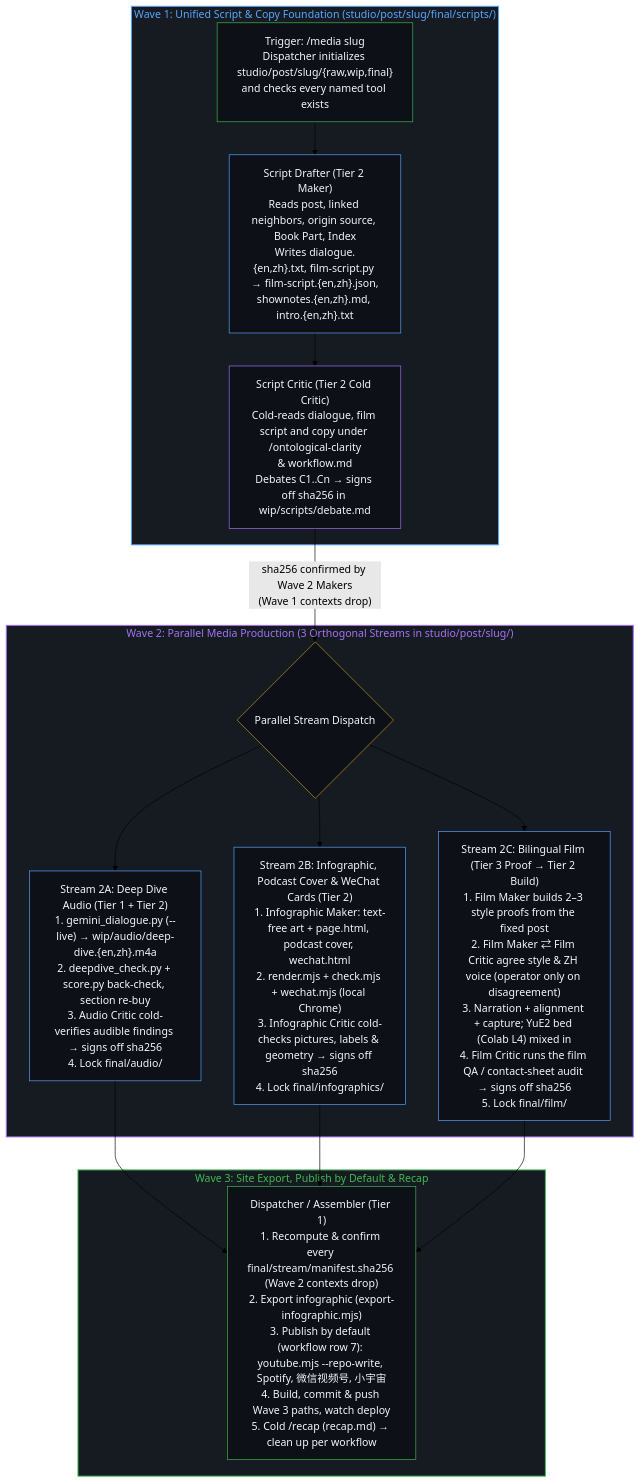
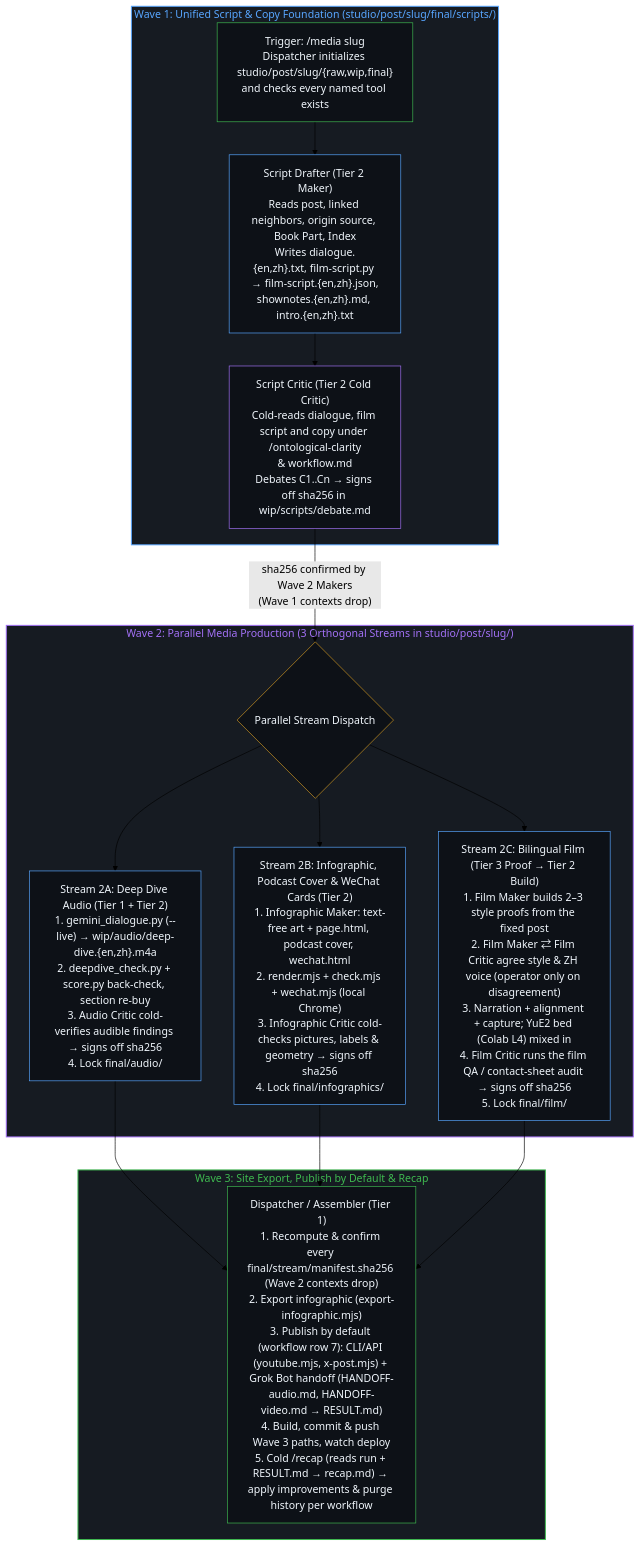
The fourth of 4 diagrams in docs/wave-refinement-plan.md (powerpig99/not-a-toe), drawn with Mermaid (forest theme) before and after one commit. The commit also changed other lines of this file and 1 other file, not shown here.

Commit message:
Update media workflow: delegate all browser publishing to Grok Bot via document handoff and purge post-recap history

````diff
--- a/docs/wave-refinement-plan.md
+++ b/docs/wave-refinement-plan.md
@@ -572,33 +572,33 @@
 ```mermaid
 flowchart TD
     subgraph S_Wave1["Wave 1: Unified Script & Copy Foundation (studio/post/slug/final/scripts/)"]
         M0["Trigger: /media slug<br/>Dispatcher initializes studio/post/slug/{raw,wip,final}<br/>and checks every named tool exists"] --> SD["Script Drafter (Tier 2 Maker)<br/>Reads post, linked neighbors, origin source, Book Part, Index<br/>Writes dialogue.{en,zh}.txt, film-script.py → film-script.{en,zh}.json,<br/>shownotes.{en,zh}.md, intro.{en,zh}.txt"]
         SD --> SC["Script Critic (Tier 2 Cold Critic)<br/>Cold-reads dialogue, film script and copy under /ontological-clarity<br/>& workflow.md<br/>Debates C1..Cn → signs off sha256 in wip/scripts/debate.md"]
     end
 
     subgraph S_Wave2["Wave 2: Parallel Media Production (3 Orthogonal Streams in studio/post/slug/)"]
         SC -->|"sha256 confirmed by Wave 2 Makers<br/>(Wave 1 contexts drop)"| Fork{"Parallel Stream Dispatch"}
 
         Fork --> AB["Stream 2A: Deep Dive Audio (Tier 1 + Tier 2)<br/>1. gemini_dialogue.py (--live) → wip/audio/deep-dive.{en,zh}.m4a<br/>2. deepdive_check.py + score.py back-check, section re-buy<br/>3. Audio Critic cold-verifies audible findings → signs off sha256<br/>4. Lock final/audio/"]
 
         Fork --> IB["Stream 2B: Infographic, Podcast Cover & WeChat Cards (Tier 2)<br/>1. Infographic Maker: text-free art + page.html, podcast cover, wechat.html<br/>2. render.mjs + check.mjs + wechat.mjs (local Chrome)<br/>3. Infographic Critic cold-checks pictures, labels & geometry → signs off sha256<br/>4. Lock final/infographics/"]
 
         Fork --> FB["Stream 2C: Bilingual Film (Tier 3 Proof → Tier 2 Build)<br/>1. Film Maker builds 2–3 style proofs from the fixed post<br/>2. Film Maker ⇄ Film Critic agree style & ZH voice (operator only on disagreement)<br/>3. Narration + alignment + capture; YuE2 bed (Colab L4) mixed in<br/>4. Film Critic runs the film QA / contact-sheet audit → signs off sha256<br/>5. Lock final/film/"]
     end
 
     subgraph S_Wave3["Wave 3: Site Export, Publish by Default & Recap"]
-        AB & IB & FB --> DA["Dispatcher / Assembler (Tier 1)<br/>1. Recompute & confirm every final/stream/manifest.sha256 (Wave 2 contexts drop)<br/>2. Export infographic (export-infographic.mjs)<br/>3. Publish by default (workflow row 7): youtube.mjs --repo-write, Spotify, 微信视频号, 小宇宙<br/>4. Build, commit & push Wave 3 paths, watch deploy<br/>5. Cold /recap (recap.md) → clean up per workflow"]
+        AB & IB & FB --> DA["Dispatcher / Assembler (Tier 1)<br/>1. Recompute & confirm every final/stream/manifest.sha256 (Wave 2 contexts drop)<br/>2. Export infographic (export-infographic.mjs)<br/>3. Publish by default (workflow row 7): CLI/API (youtube.mjs, x-post.mjs) + Grok Bot handoff (HANDOFF-audio.md, HANDOFF-video.md → RESULT.md)<br/>4. Build, commit & push Wave 3 paths, watch deploy<br/>5. Cold /recap (reads run + RESULT.md → recap.md) → apply improvements & purge history per workflow"]
     end
 
     style S_Wave1 fill:#161b22,stroke:#58a6ff,stroke-width:1.5px,color:#58a6ff
     style S_Wave2 fill:#161b22,stroke:#a371f7,stroke-width:1.5px,color:#a371f7
     style S_Wave3 fill:#161b22,stroke:#3fb950,stroke-width:1.5px,color:#3fb950
     style M0 fill:#0d1117,stroke:#3fb950,stroke-width:1px,color:#f0f6fc
     style SD fill:#0d1117,stroke:#58a6ff,stroke-width:1px,color:#f0f6fc
     style SC fill:#0d1117,stroke:#a371f7,stroke-width:1px,color:#f0f6fc
     style Fork fill:#0d1117,stroke:#d29922,stroke-width:1px,color:#f0f6fc
     style AB fill:#0d1117,stroke:#58a6ff,stroke-width:1px,color:#f0f6fc
     style IB fill:#0d1117,stroke:#58a6ff,stroke-width:1px,color:#f0f6fc
     style FB fill:#0d1117,stroke:#58a6ff,stroke-width:1px,color:#f0f6fc
     style DA fill:#0d1117,stroke:#3fb950,stroke-width:1px,color:#f0f6fc
 ```
````
